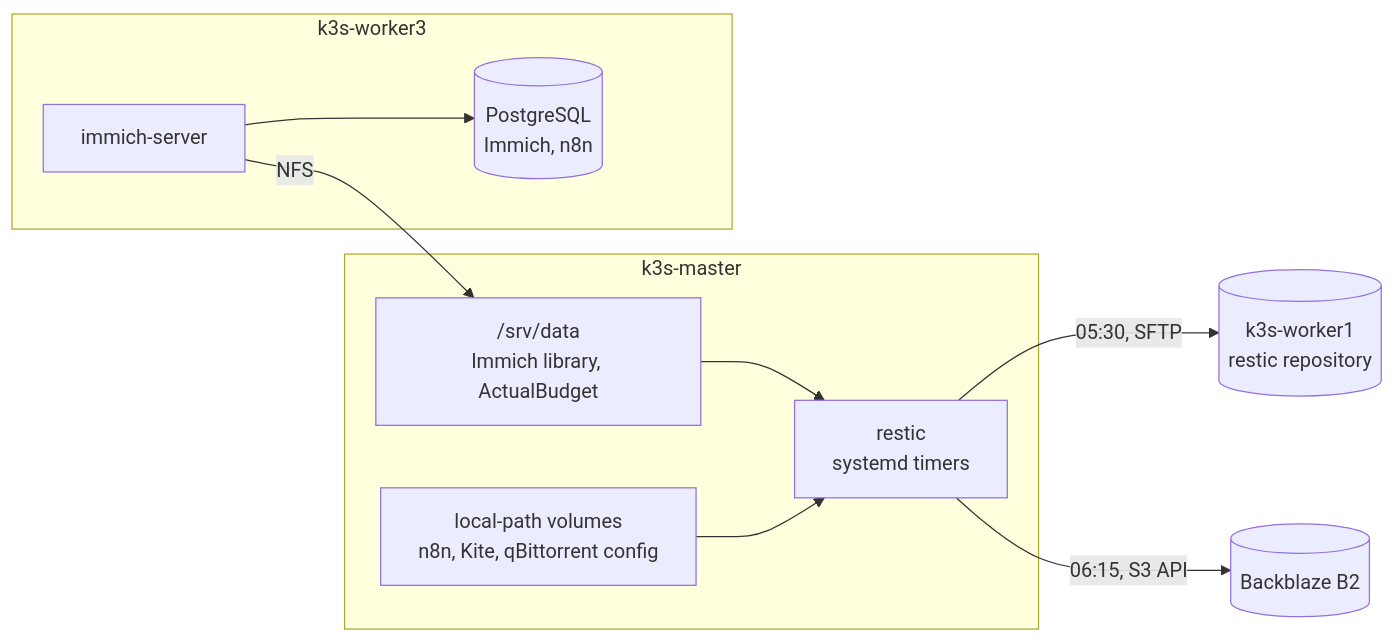
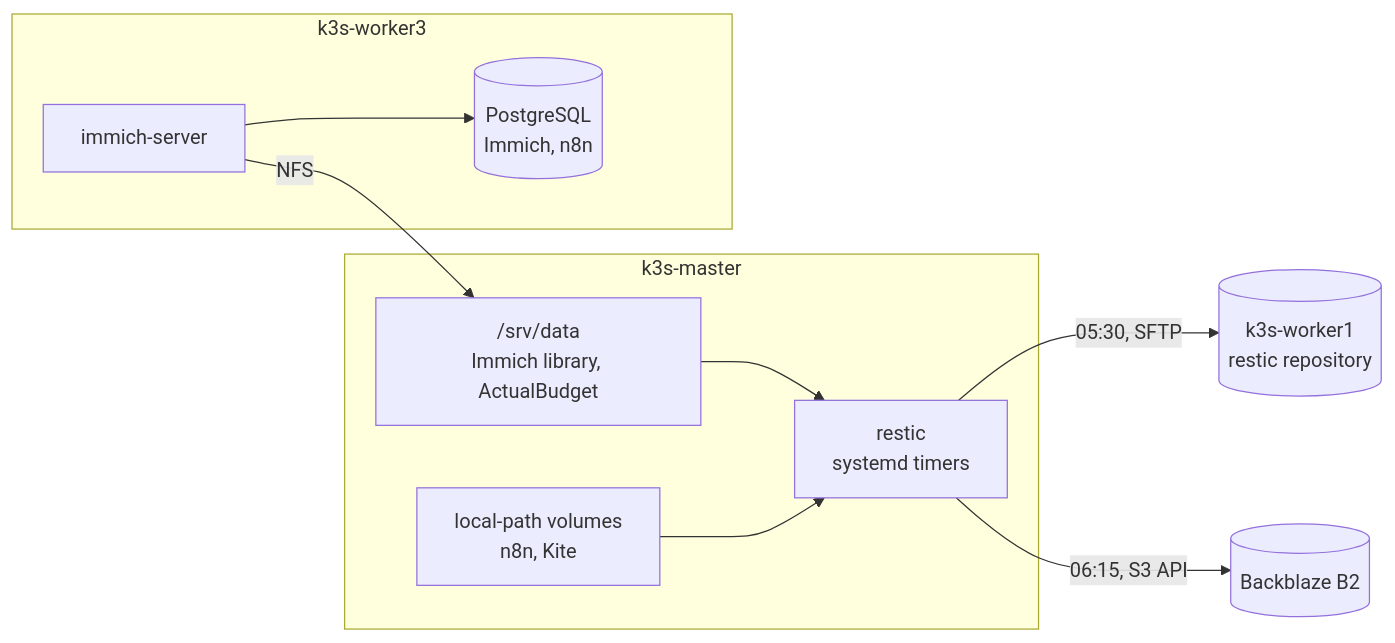
Before and after one commit to yuandrk/homelabops: the third of 3 diagrams in docs/architecture.md, drawn with Mermaid. The commit also changed other lines of this file and 18 other files, not shown here.

````diff
--- a/docs/architecture.md
+++ b/docs/architecture.md
@@ -93,18 +93,18 @@
 ```mermaid
 flowchart LR
     subgraph master["k3s-master"]
         data["/srv/data<br/>Immich library, ActualBudget"]
-        pvcs["local-path volumes<br/>n8n, Kite, qBittorrent config"]
+        pvcs["local-path volumes<br/>n8n, Kite"]
         restic["restic<br/>systemd timers"]
     end
     subgraph worker3["k3s-worker3"]
         immich["immich-server"]
         pg[("PostgreSQL<br/>Immich, n8n")]
     end
     immich -->|"NFS"| data
     immich --> pg
     data --> restic
     pvcs --> restic
     restic -->|"05:30, SFTP"| local[("k3s-worker1<br/>restic repository")]
     restic -->|"06:15, S3 API"| b2[("Backblaze B2")]
 ```
````
